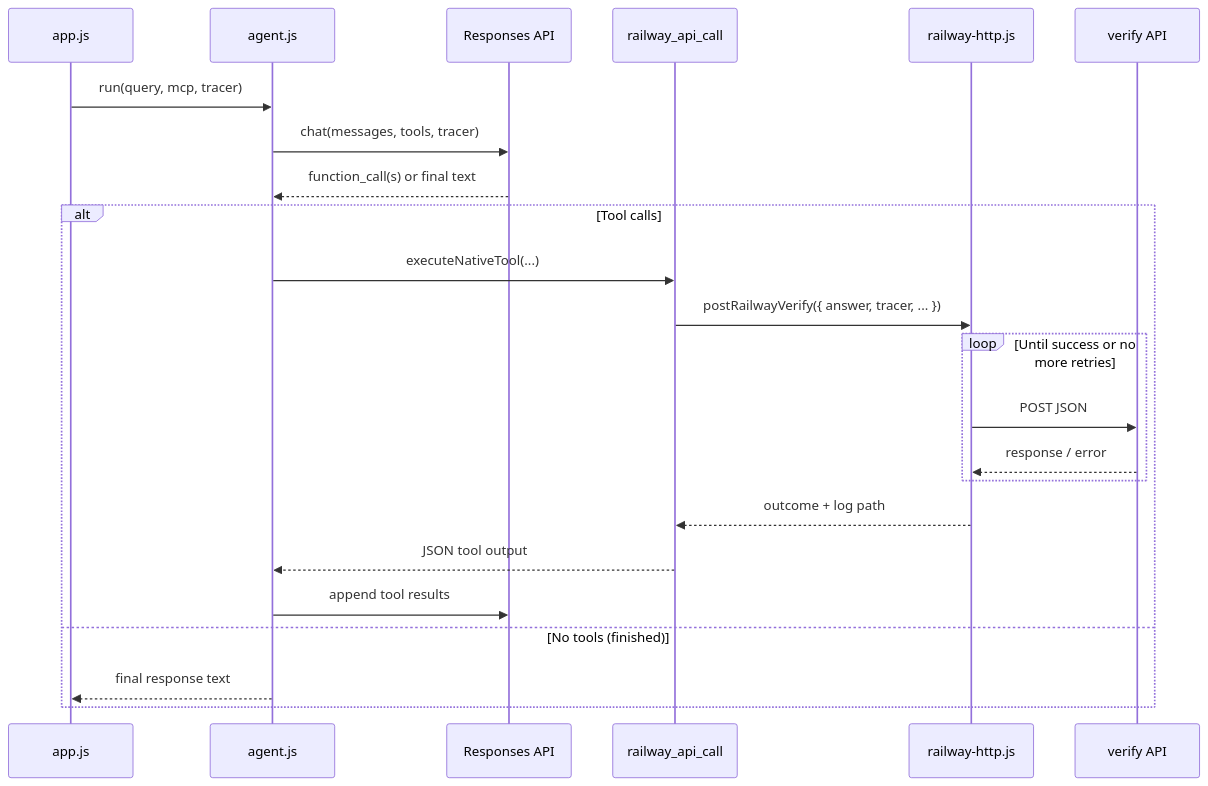
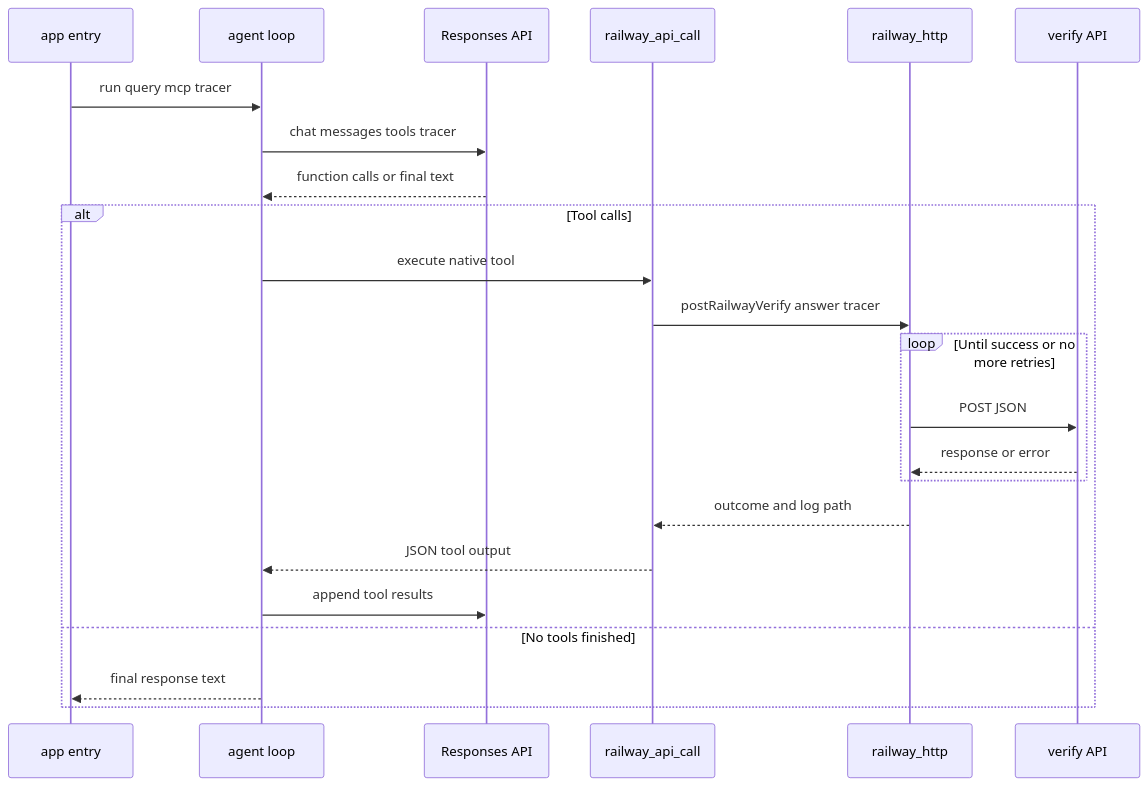
One commit to rafsaw/4th-devs changed the fourth of 5 diagrams in 01_05_zadanie/ARCHITECTURE_AND_BUSINESS.md. Above: the diagram before and after it, drawn with Mermaid. The commit also changed other lines of this file, not shown here.

Commit message:
Refactor architecture documentation in 01_05_zadanie: Update flowchart labels for clarity and consistency, enhancing readability of agent and tool interactions. Adjusted sequence diagram for improved understanding of HTTP retry logic and tool execution flow.

````diff
--- a/01_05_zadanie/ARCHITECTURE_AND_BUSINESS.md
+++ b/01_05_zadanie/ARCHITECTURE_AND_BUSINESS.md
@@ -135,26 +135,26 @@
 ```mermaid
 sequenceDiagram
-  participant App as app.js
-  participant Ag as agent.js
+  participant App as app entry
+  participant Ag as agent loop
   participant LLM as Responses API
   participant NT as railway_api_call
-  participant HTTP as railway-http.js
+  participant HTTP as railway_http
   participant API as verify API
 
-  App->>Ag: run(query, mcp, tracer)
-  Ag->>LLM: chat(messages, tools, tracer)
-  LLM-->>Ag: function_call(s) or final text
+  App->>Ag: run query mcp tracer
+  Ag->>LLM: chat messages tools tracer
+  LLM-->>Ag: function calls or final text
   alt Tool calls
-    Ag->>NT: executeNativeTool(...)
-    NT->>HTTP: postRailwayVerify({ answer, tracer, ... })
+    Ag->>NT: execute native tool
+    NT->>HTTP: postRailwayVerify answer tracer
     loop Until success or no more retries
       HTTP->>API: POST JSON
-      API-->>HTTP: response / error
+      API-->>HTTP: response or error
     end
-    HTTP-->>NT: outcome + log path
+    HTTP-->>NT: outcome and log path
     NT-->>Ag: JSON tool output
     Ag->>LLM: append tool results
-  else No tools (finished)
+  else No tools finished
     Ag-->>App: final response text
   end
 ```
````
